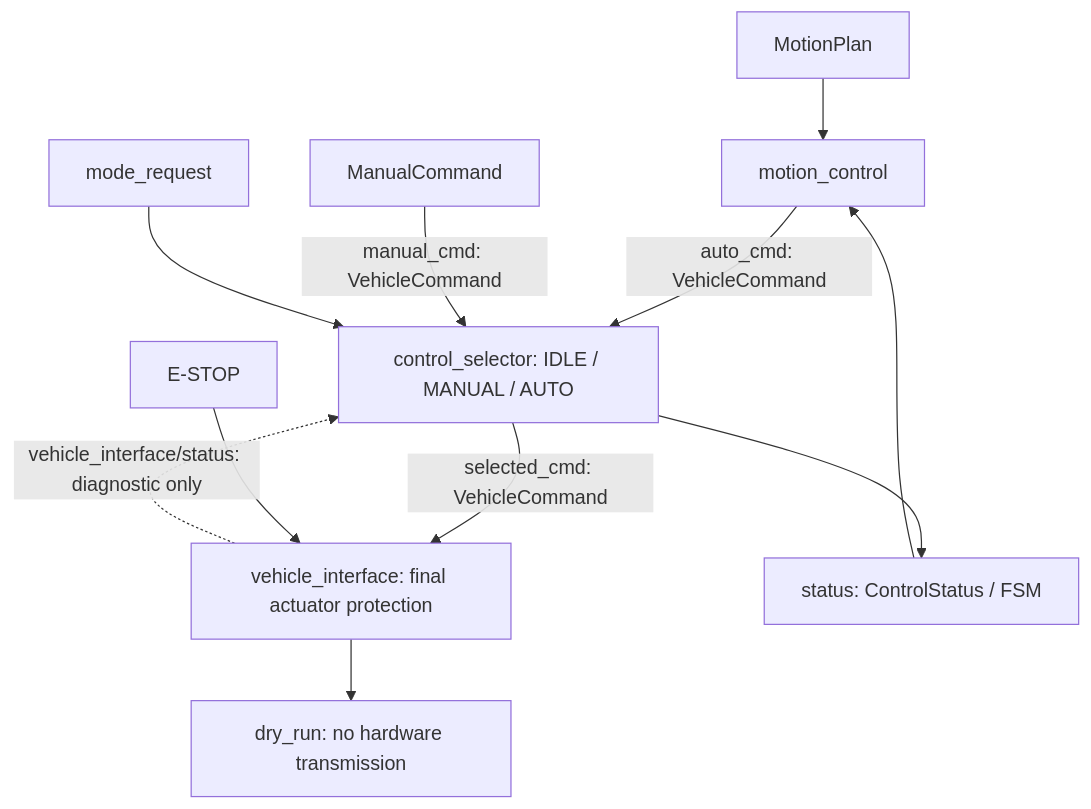
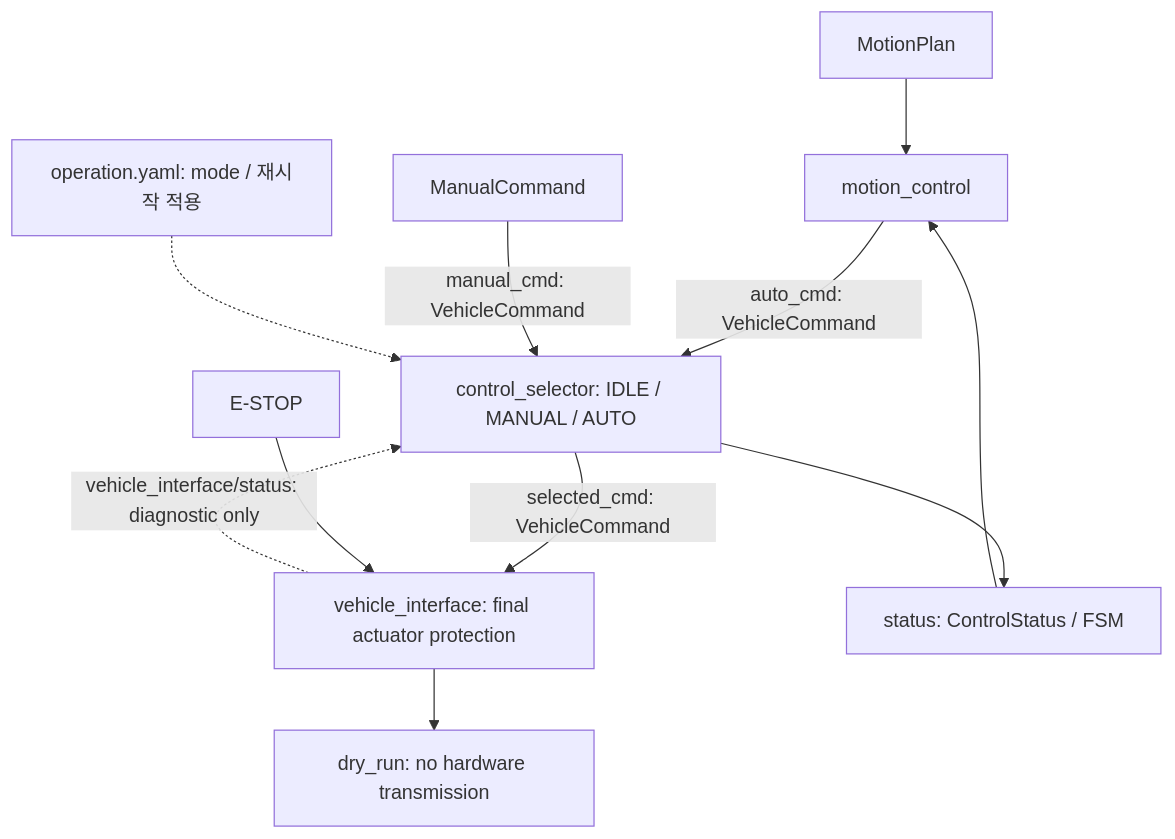
Before and after one commit to planta223/control_manager: the diagram in doc/command_path.md, drawn with Mermaid. The commit also changed other lines of this file and 11 other files, not shown here.

````diff
--- a/doc/command_path.md
+++ b/doc/command_path.md
@@ -6,13 +6,13 @@
 ```mermaid
 flowchart TD
   MP[MotionPlan] --> MC[motion_control]
   MC -->|auto_cmd: VehicleCommand| CS[control_selector: IDLE / MANUAL / AUTO]
   MAN[ManualCommand] -->|manual_cmd: VehicleCommand| CS
-  MODE[mode_request] --> CS
+  MODE[operation.yaml: mode / 재시작 적용] -.-> CS
   CS -->|selected_cmd: VehicleCommand| VI[vehicle_interface: final actuator protection]
   ES[E-STOP] --> VI
   VI --> DRY[dry_run: no hardware transmission]
   VI -.->|vehicle_interface/status: diagnostic only| CS
   CS --> ST[status: ControlStatus / FSM]
   ST --> MC
 ```
````
